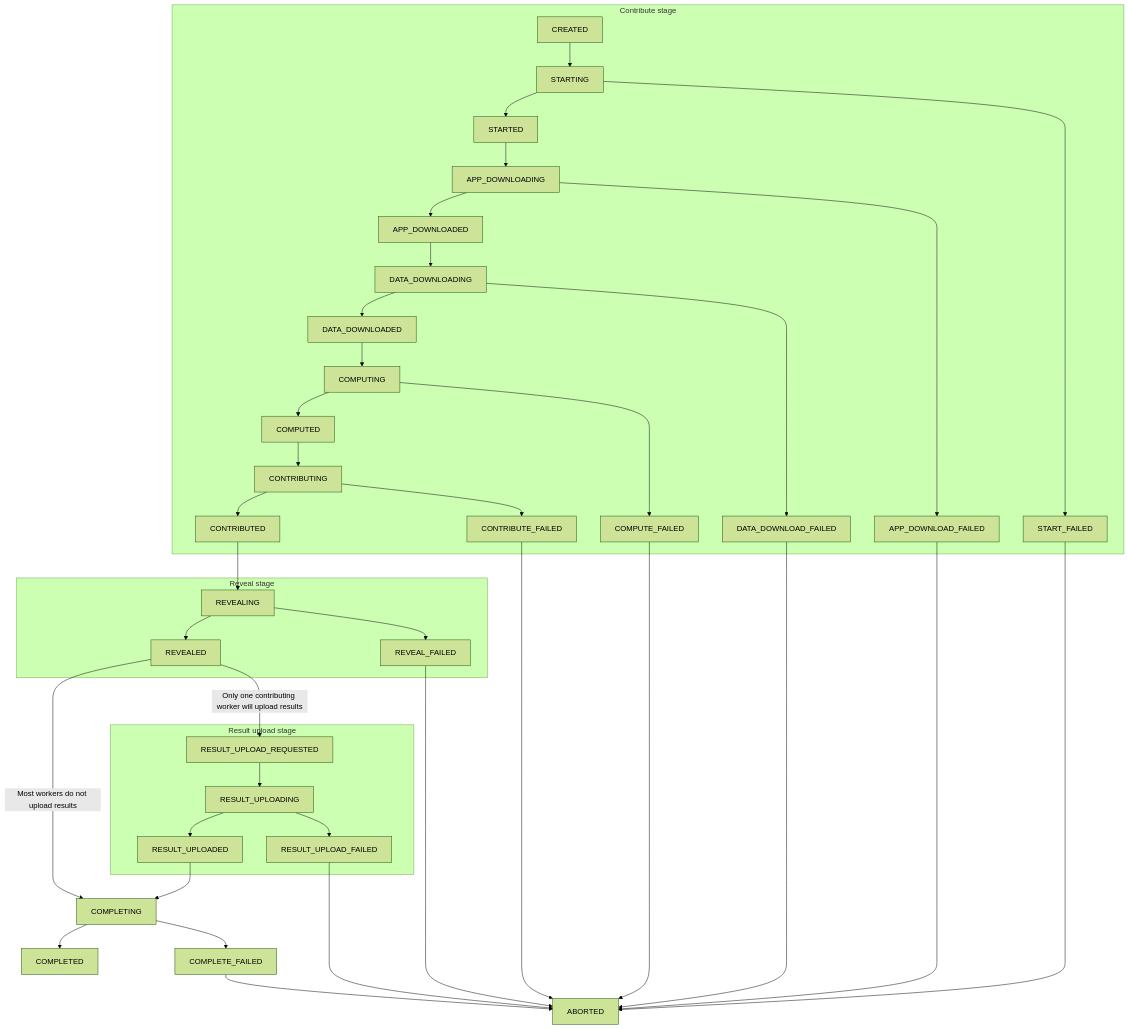
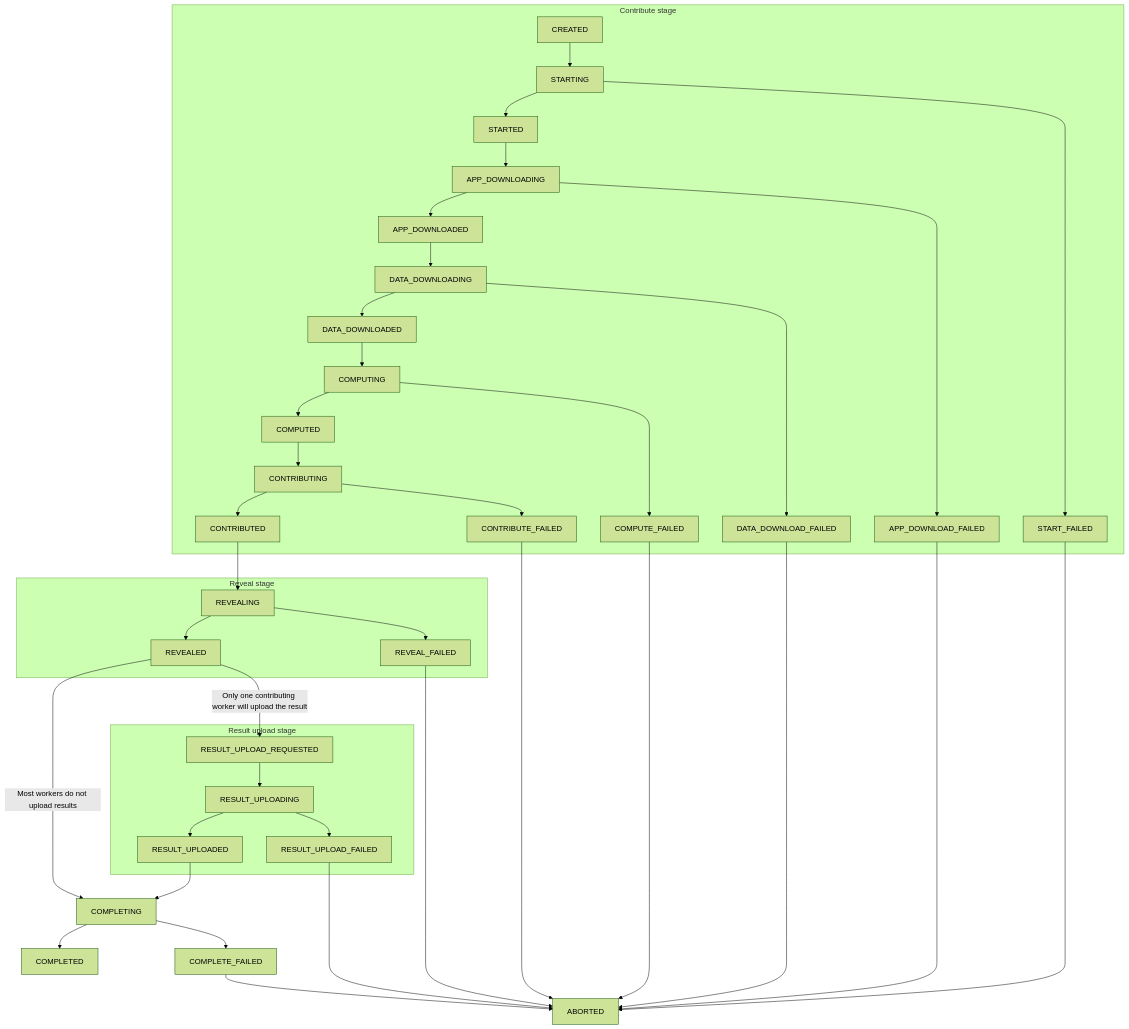
The diagram in for-developers/advanced/task-feedback.md (iExecBlockchainComputing/documentation), drawn with Mermaid (forest theme) before and after one commit.

Commit message:
Fix label on `REVEALED` to `RESULT_UPLOAD_REQUESTED` transition

````diff
--- a/for-developers/advanced/task-feedback.md
+++ b/for-developers/advanced/task-feedback.md
@@ -74,50 +74,50 @@
 ```mermaid
 flowchart
 
 subgraph Contribute stage
     CREATED --> STARTING
     STARTING --> STARTED
     STARTED --> APP_DOWNLOADING
     APP_DOWNLOADING --> APP_DOWNLOADED
     APP_DOWNLOADED --> DATA_DOWNLOADING
     DATA_DOWNLOADING --> DATA_DOWNLOADED
     DATA_DOWNLOADED --> COMPUTING
     COMPUTING --> COMPUTED
     COMPUTED --> CONTRIBUTING
     CONTRIBUTING --> CONTRIBUTED
 
     STARTING --> START_FAILED
     APP_DOWNLOADING --> APP_DOWNLOAD_FAILED
     DATA_DOWNLOADING --> DATA_DOWNLOAD_FAILED
     COMPUTING --> COMPUTE_FAILED
     CONTRIBUTING --> CONTRIBUTE_FAILED
 end
 
 subgraph Reveal stage
     CONTRIBUTED --> REVEALING
     REVEALING --> REVEALED
     REVEALING --> REVEAL_FAILED
 end
 
 subgraph Result upload stage
-    REVEALED -- Only one contributing worker will upload results --> RESULT_UPLOAD_REQUESTED
+    REVEALED -- Only one contributing worker will upload the result --> RESULT_UPLOAD_REQUESTED
     RESULT_UPLOAD_REQUESTED --> RESULT_UPLOADING
     RESULT_UPLOADING --> RESULT_UPLOADED
     RESULT_UPLOADING --> RESULT_UPLOAD_FAILED
 end
 
 RESULT_UPLOADED --> COMPLETING
 REVEALED -- Most workers do not upload results --> COMPLETING
 COMPLETING --> COMPLETED
 
 COMPLETING --> COMPLETE_FAILED
 
 START_FAILED --> ABORTED
 APP_DOWNLOAD_FAILED --> ABORTED
 DATA_DOWNLOAD_FAILED --> ABORTED
 COMPUTE_FAILED --> ABORTED
 CONTRIBUTE_FAILED --> ABORTED
 REVEAL_FAILED --> ABORTED
 RESULT_UPLOAD_FAILED --> ABORTED
 COMPLETE_FAILED --> ABORTED
 ```
````
